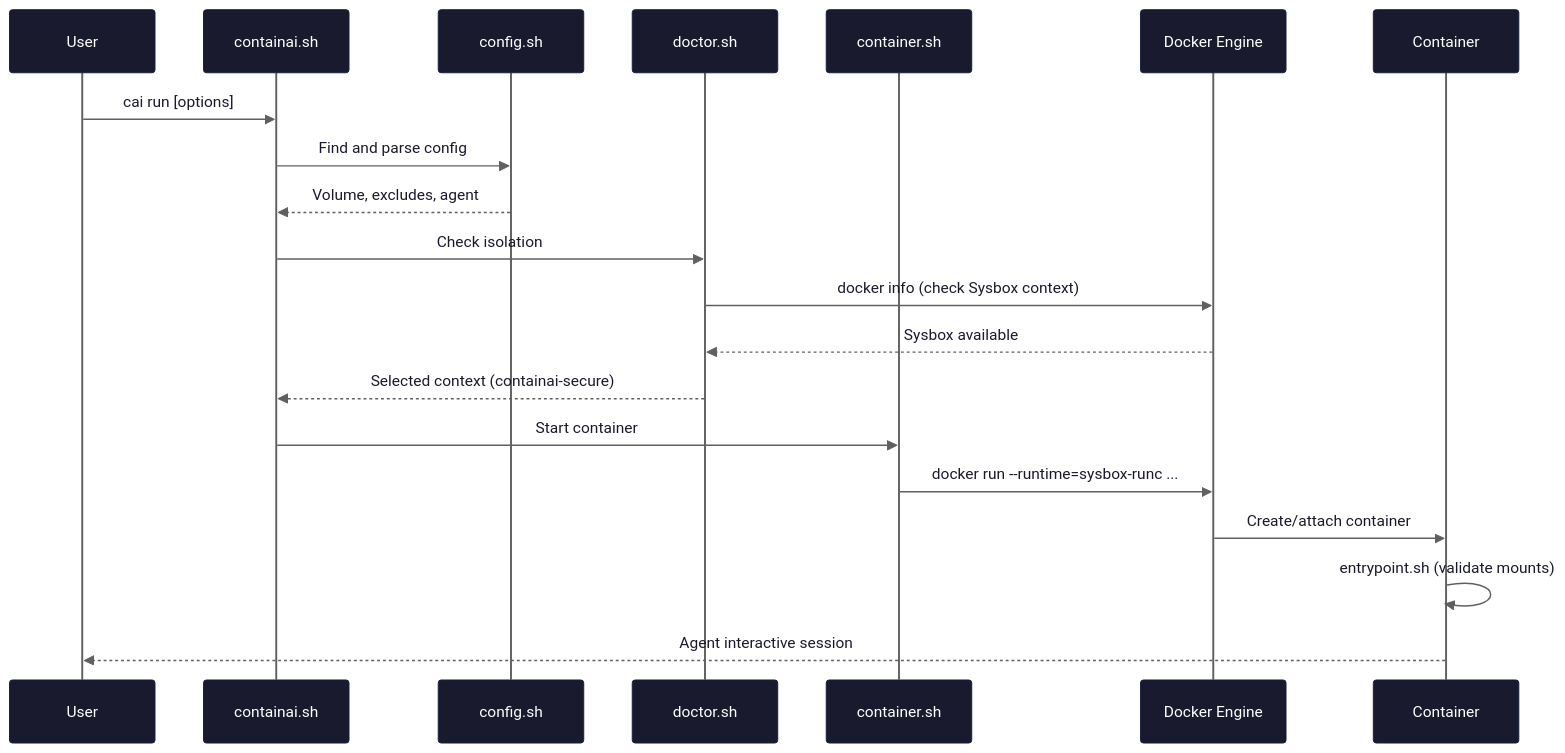
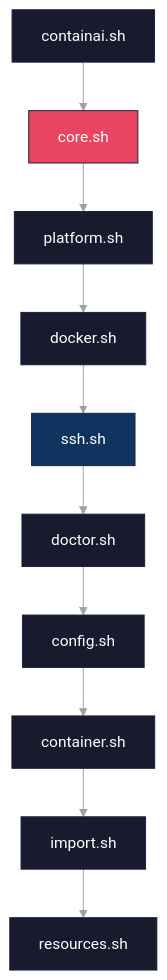
Before and after one commit to novotnyllc/ContainAI: the eighth of 11 diagrams in docs/architecture.md, drawn with Mermaid. The commit also changed other lines of this file, not shown here.

First line of the commit message:
docs(architecture): rewrite with system container architecture

````diff
--- a/docs/architecture.md
+++ b/docs/architecture.md
@@ -223,42 +482,26 @@
 ```mermaid
 %%{init: {'theme': 'base', 'themeVariables': {
-  'background': '#f5f5f5',
-  'actorBkg': '#1a1a2e',
-  'actorTextColor': '#ffffff',
-  'actorBorder': '#16213e',
-  'actorLineColor': '#606060',
-  'signalColor': '#606060',
-  'signalTextColor': '#1a1a2e',
-  'labelBoxBkgColor': '#0f3460',
-  'labelBoxBorderColor': '#16213e',
-  'labelTextColor': '#ffffff',
-  'loopTextColor': '#1a1a2e',
-  'noteBkgColor': '#0f3460',
-  'noteTextColor': '#ffffff',
-  'noteBorderColor': '#16213e',
-  'activationBkgColor': '#16213e',
-  'activationBorderColor': '#0f3460',
-  'sequenceNumberColor': '#1a1a2e'
+  'primaryColor': '#1a1a2e',
+  'primaryTextColor': '#ffffff',
+  'primaryBorderColor': '#16213e',
+  'secondaryColor': '#0f3460',
+  'tertiaryColor': '#1a1a2e',
+  'lineColor': '#a0a0a0',
+  'textColor': '#ffffff',
+  'background': '#0d1117'
 }}}%%
-sequenceDiagram
-    participant User
-    participant CLI as containai.sh
-    participant Config as config.sh
-    participant Doctor as doctor.sh
-    participant Container as container.sh
-    participant Docker as Docker Engine
-    participant Sandbox as Container
+flowchart TD
+    Main["containai.sh"] --> Core["core.sh"]
+    Core --> Platform["platform.sh"]
+    Platform --> Docker["docker.sh"]
+    Docker --> SSH["ssh.sh"]
+    SSH --> Doctor["doctor.sh"]
+    Doctor --> Config["config.sh"]
+    Config --> Container["container.sh"]
+    Container --> Import["import.sh"]
+    Import --> Resources["resources.sh"]
 
-    User->>CLI: cai run [options]
-    CLI->>Config: Find and parse config
-    Config-->>CLI: Volume, excludes, agent
-    CLI->>Doctor: Check isolation
-    Doctor->>Docker: docker info (check Sysbox context)
-    Docker-->>Doctor: Sysbox available
-    Doctor-->>CLI: Selected context (containai-secure)
-    CLI->>Container: Start container
-    Container->>Docker: docker run --runtime=sysbox-runc ...
-    Docker->>Sandbox: Create/attach container
-    Sandbox->>Sandbox: entrypoint.sh (validate mounts)
-    Sandbox-->>User: Agent interactive session
+    style Main fill:#1a1a2e,stroke:#16213e,color:#fff
+    style Core fill:#e94560,stroke:#16213e,color:#fff
+    style SSH fill:#0f3460,stroke:#16213e,color:#fff
 ```
````
